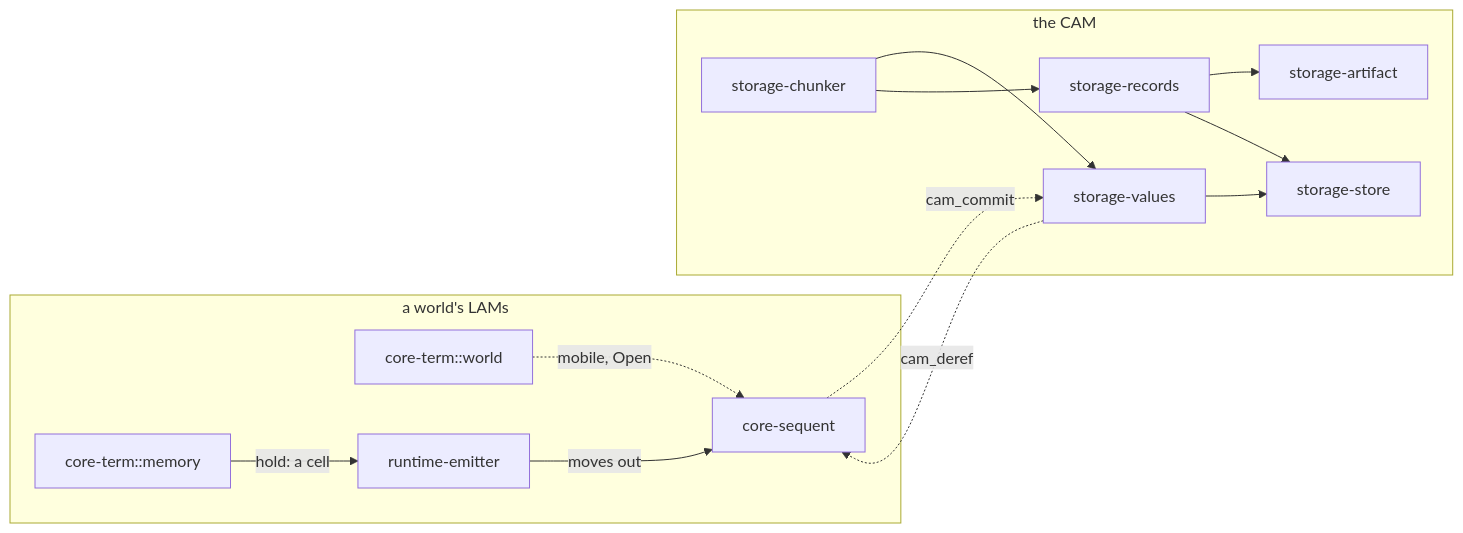
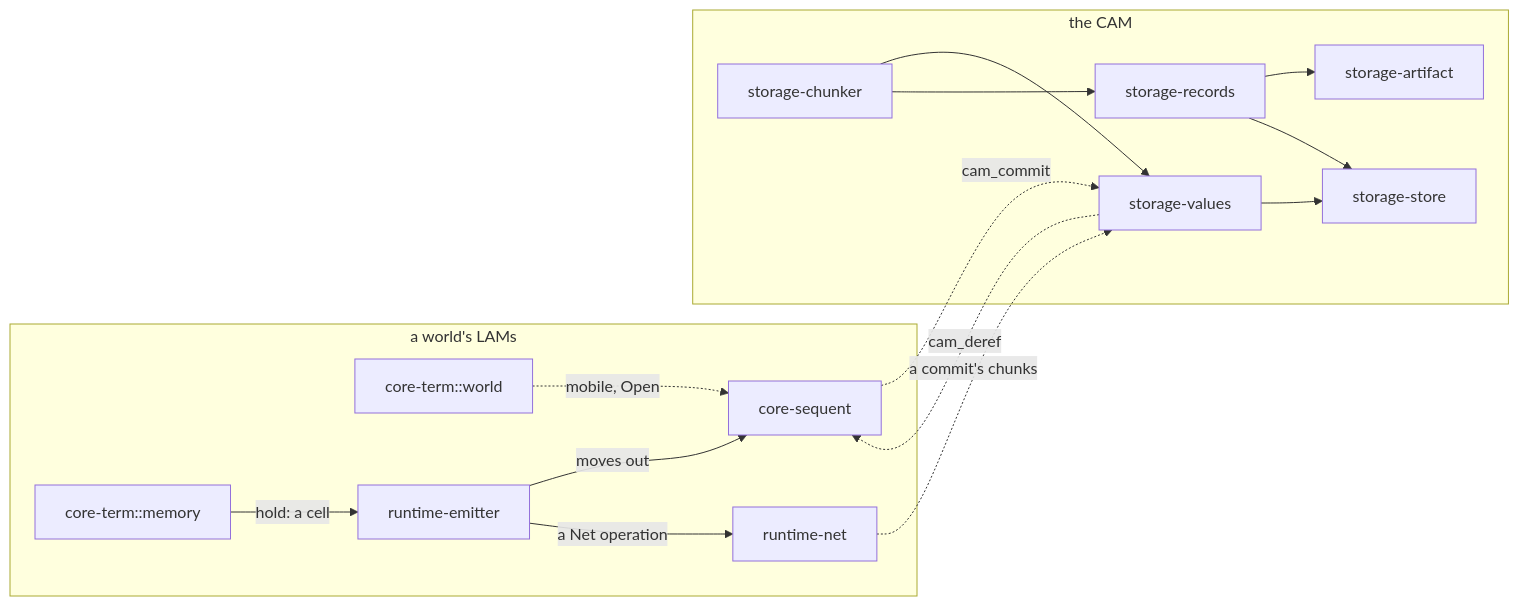
The second of 2 diagrams in crates/README.md (gandr-lang/gandr), drawn with Mermaid before and after one commit. The commit also changed other lines of this file and 35 other files, not shown here.

First line of the commit message:
feat(runtime): declare Net and serve it over iroh

````diff
--- a/crates/README.md
+++ b/crates/README.md
@@ -136,26 +137,29 @@
 ```mermaid
 flowchart LR
   subgraph LAMs["a world's LAMs"]
     world[core-term::world]
     memory[core-term::memory]
     emitter[runtime-emitter]
     sequent[core-sequent]
+    net[runtime-net]
   end
   subgraph CAM["the CAM"]
     chunker[storage-chunker]
     values[storage-values]
     records[storage-records]
     artifact[storage-artifact]
     store[storage-store]
   end
   memory -->|hold: a cell| emitter
   emitter -->|moves out| sequent
   world -.->|mobile, Open| sequent
+  emitter -->|a Net operation| net
+  net -.->|a commit's chunks| values
   sequent -.->|cam_commit| values
   values -.->|cam_deref| sequent
   chunker --> values
   chunker --> records
   records --> artifact
   values --> store
   records --> store
 ```
````
